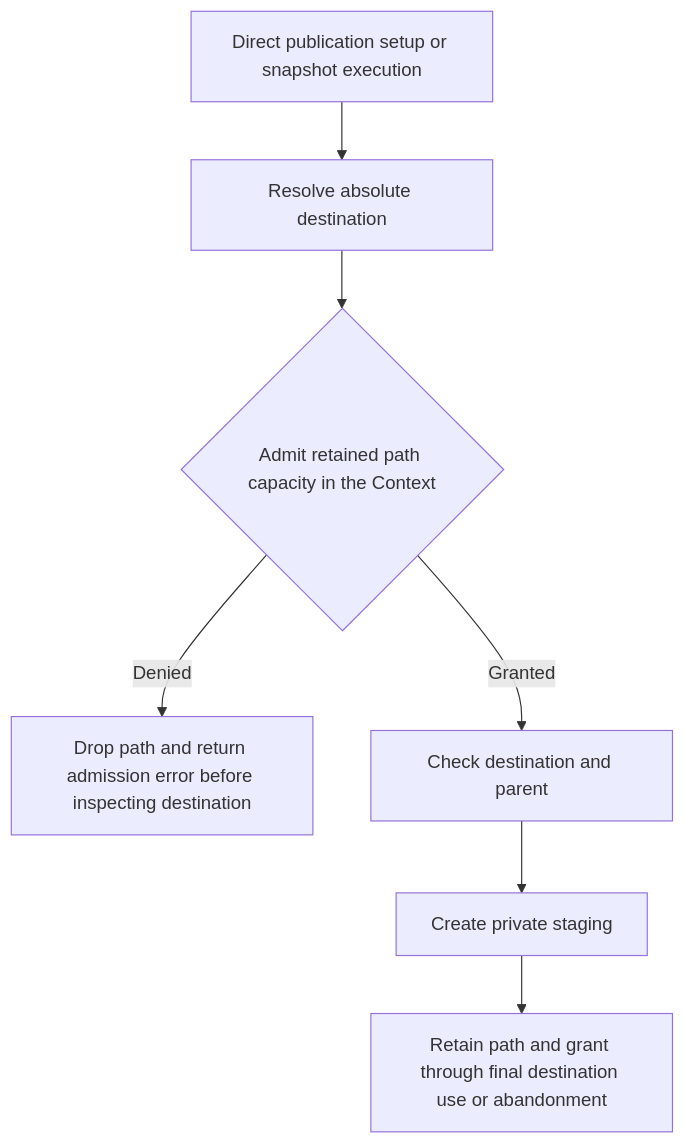
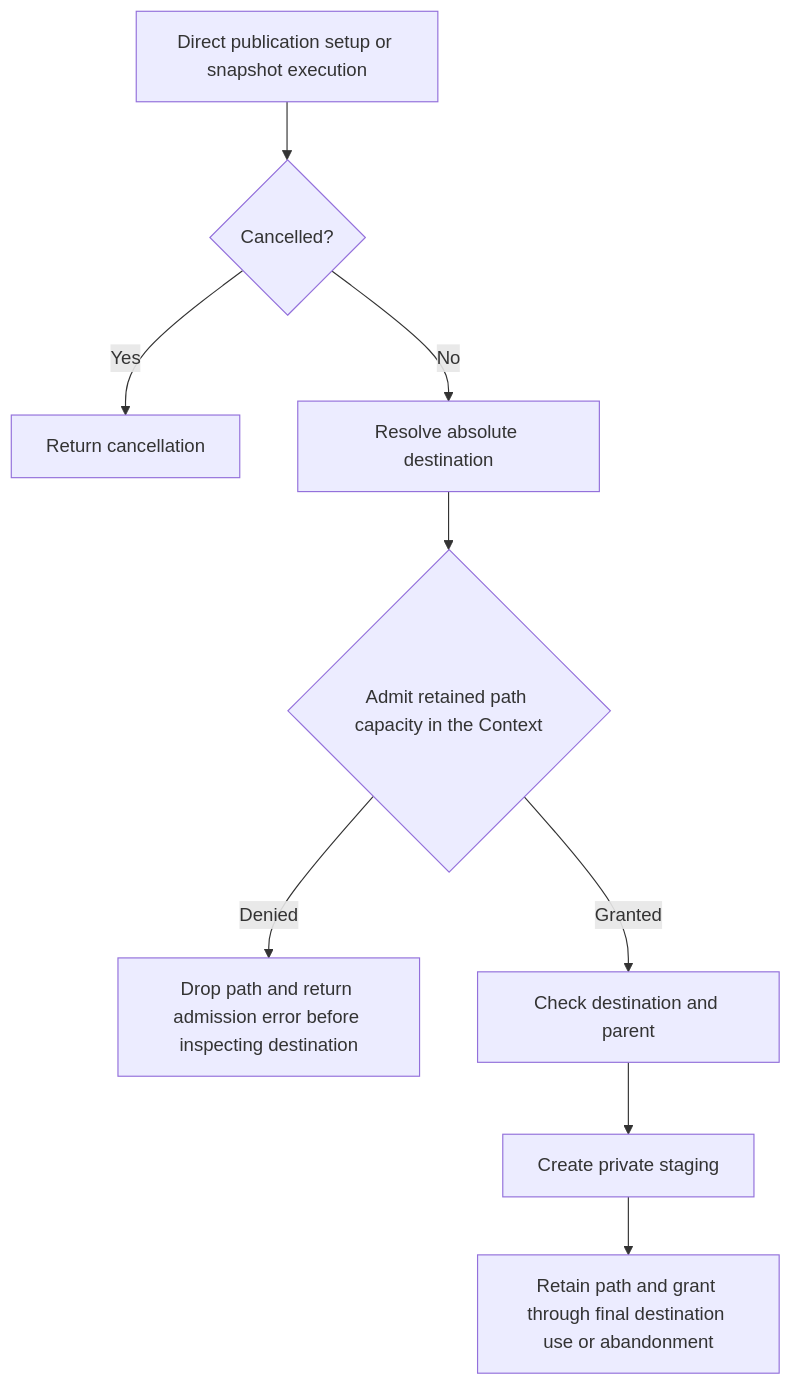
Before and after one commit to jsmatfess/chopper: the third of 17 diagrams in docs/execution-decisions.md, drawn with Mermaid. The commit also changed 3 other files, not shown here.

Commit message:
Preserve cancellation before destination admission

````diff
--- a/docs/execution-decisions.md
+++ b/docs/execution-decisions.md
@@ -143,9 +143,11 @@
 ```mermaid
 flowchart TD
-    Start[Direct publication setup or snapshot execution] --> Resolve[Resolve absolute destination]
+    Start[Direct publication setup or snapshot execution] --> Cancel{Cancelled?}
+    Cancel -->|Yes| Stop[Return cancellation]
+    Cancel -->|No| Resolve[Resolve absolute destination]
     Resolve --> Admit{Admit retained path capacity in the Context}
     Admit -->|Denied| Return[Drop path and return admission error before inspecting destination]
     Admit -->|Granted| Check[Check destination and parent]
     Check --> Stage[Create private staging]
     Stage --> Hold[Retain path and grant through final destination use or abandonment]
 ```
````
